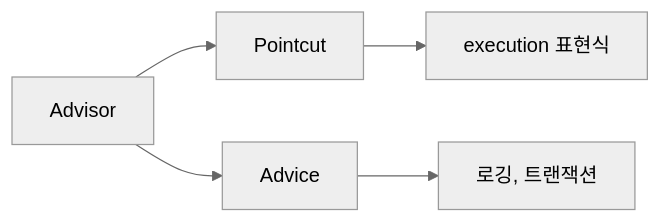
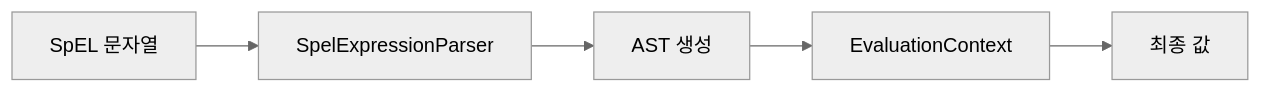
One commit to yjkim2015/yjkim2015.github.io changed the fourth of 7 diagrams in _posts/spring/2026-05-02-spring-core-advanced.md. Above: the diagram before and after it, drawn with Mermaid (neutral theme). The commit also changed other lines of this file and 4 other files, not shown here.

````diff
--- a/_posts/spring/2026-05-02-spring-core-advanced.md
+++ b/_posts/spring/2026-05-02-spring-core-advanced.md
@@ -454,7 +757,7 @@
 ```mermaid
 graph LR
-    A["Advisor"] --> B["Pointcut"]
-    A --> C["Advice"]
-    B --> D["execution 표현식"]
-    C --> E["로깅, 트랜잭션"]
+    A["SpEL 문자열"] --> B["SpelExpressionParser"]
+    B --> C["AST 생성"]
+    C --> D["EvaluationContext"]
+    D --> E["최종 값"]
 ```
````
